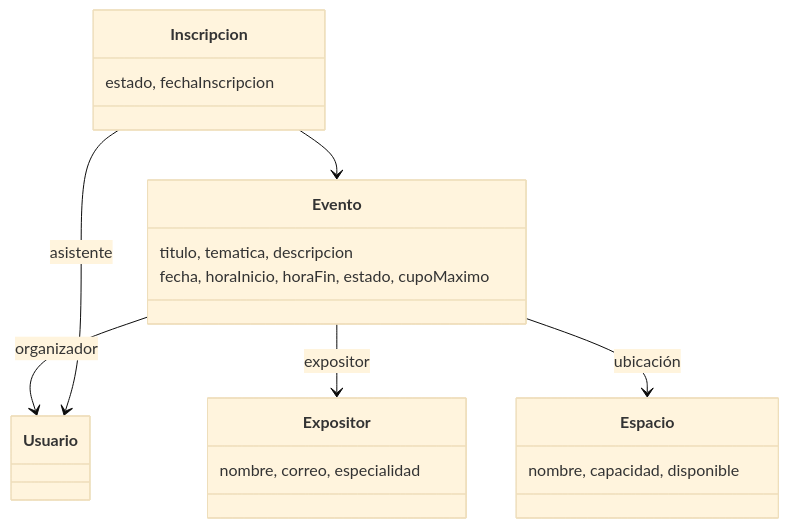
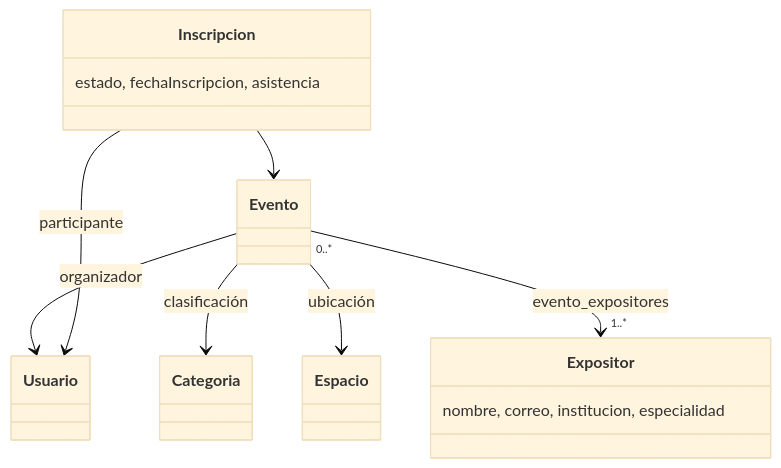
The diagram in docs/modulo-6.md (IS-LAB-EIC-UCN/sigu_ucn), drawn with Mermaid (base theme) before and after one commit. The commit also changed other lines of this file and 6 other files, not shown here.

````diff
--- a/docs/modulo-6.md
+++ b/docs/modulo-6.md
@@ -56,13 +79,11 @@
 ```mermaid
 classDiagram
     Evento --> Usuario : organizador
-    Evento --> Expositor : expositor
+    Evento --> Categoria : clasificación
     Evento --> Espacio : ubicación
+    Evento "0..*" --> "1..*" Expositor : evento_expositores
     Inscripcion --> Evento
-    Inscripcion --> Usuario : asistente
-    Evento : titulo, tematica, descripcion
-    Evento : fecha, horaInicio, horaFin, estado, cupoMaximo
-    Expositor : nombre, correo, especialidad
-    Espacio : nombre, capacidad, disponible
-    Inscripcion : estado, fechaInscripcion
+    Inscripcion --> Usuario : participante
+    Inscripcion : estado, fechaInscripcion, asistencia
+    Expositor : nombre, correo, institucion, especialidad
 ```
````
